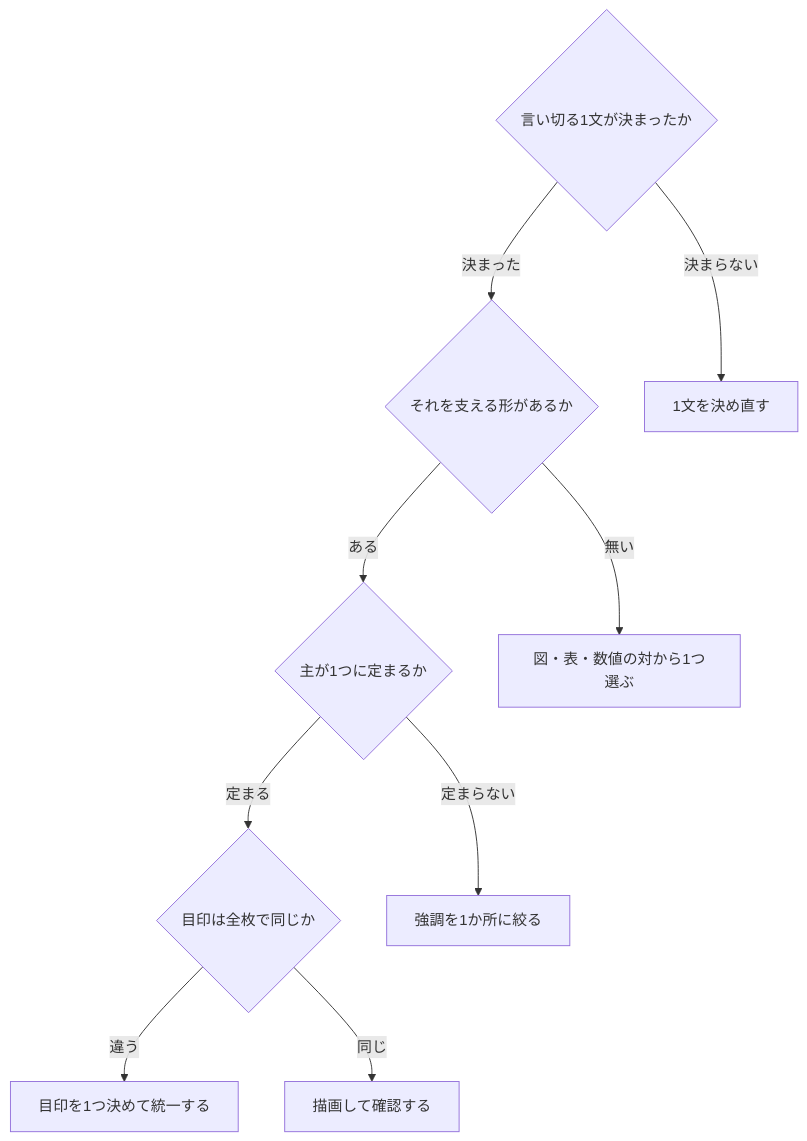
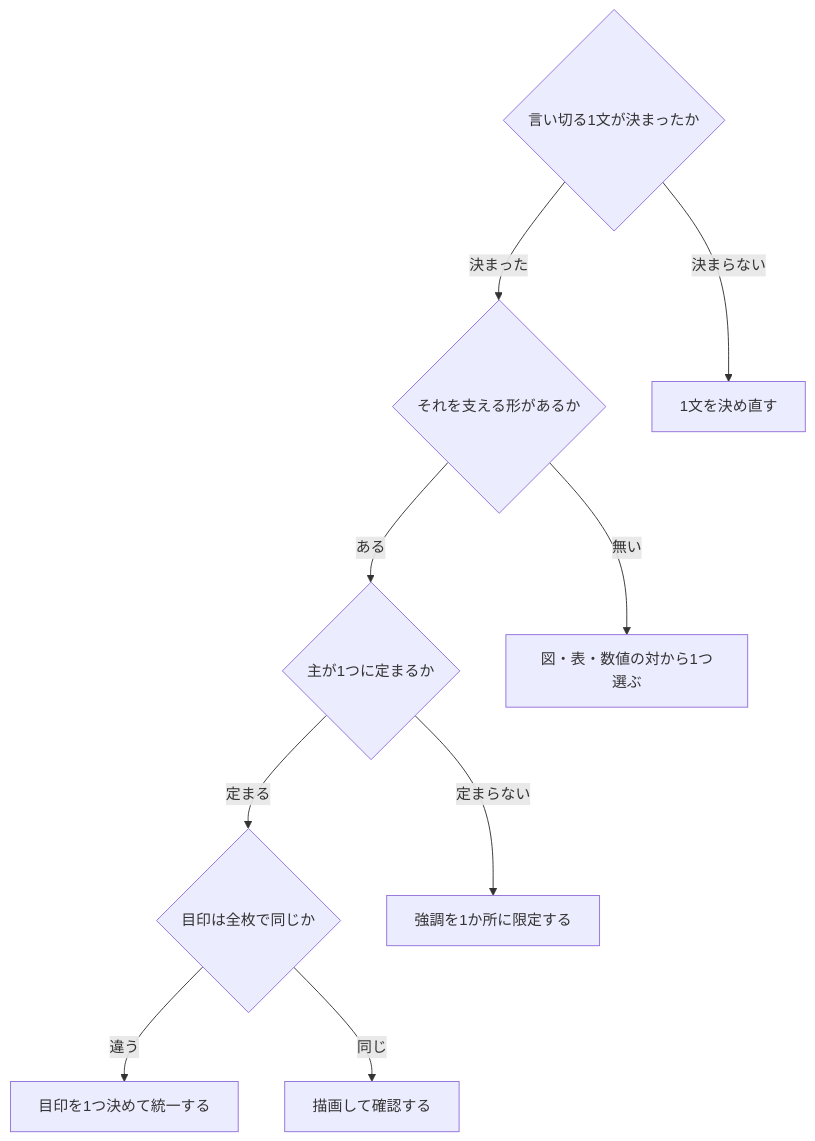
The diagram in .claude/skills/slide-deck/references/knowledge/visual-design-for-slide-decks.md (daidaiiro-519/daidaiiro), drawn with Mermaid before and after one commit. The commit also changed other lines of this file and 320 other files, not shown here.

````diff
--- a/.claude/skills/slide-deck/references/knowledge/visual-design-for-slide-decks.md
+++ b/.claude/skills/slide-deck/references/knowledge/visual-design-for-slide-decks.md
@@ -155,20 +155,20 @@
 ```mermaid
 flowchart TD
     q1{"言い切る1文が決まったか"}
     q2{"それを支える形があるか"}
     q3{"主が1つに定まるか"}
     q4{"目印は全枚で同じか"}
     a1["1文を決め直す"]
     a2["図・表・数値の対から1つ選ぶ"]
-    a3["強調を1か所に絞る"]
+    a3["強調を1か所に限定する"]
     a4["目印を1つ決めて統一する"]
     a5["描画して確認する"]
     q1 -->|決まらない| a1
     q1 -->|決まった| q2
     q2 -->|無い| a2
     q2 -->|ある| q3
     q3 -->|定まらない| a3
     q3 -->|定まる| q4
     q4 -->|違う| a4
     q4 -->|同じ| a5
 ```
````
